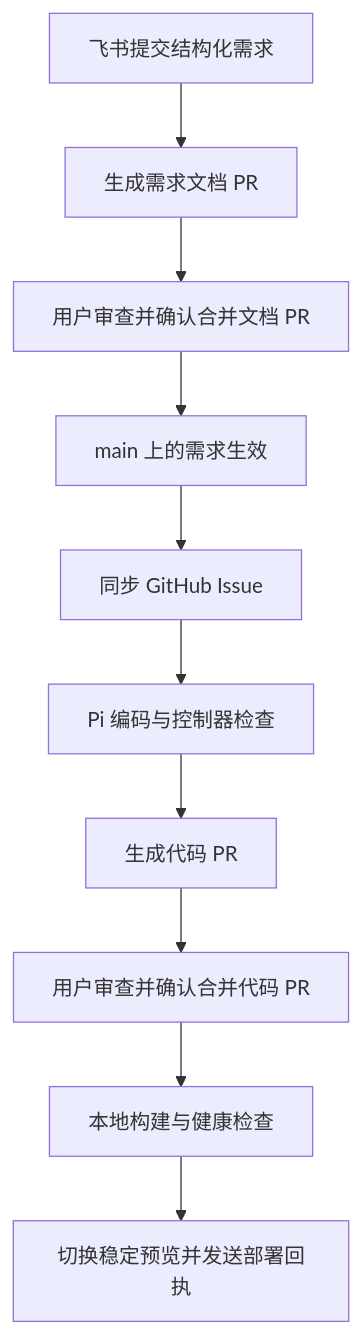
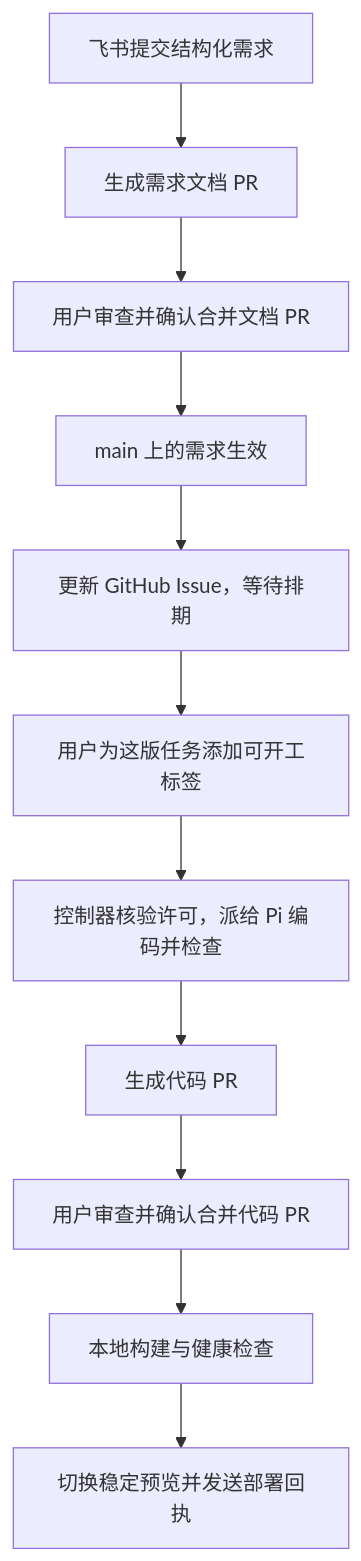
The diagram in README.md (sunpcm/spec-loop), drawn with Mermaid before and after one commit. The commit also changed other lines of this file and 33 other files, not shown here.

Commit message:
feat: 计数器按 GitHub Issue 版本授权派工

````diff
--- a/README.md
+++ b/README.md
@@ -37,12 +37,13 @@
 ```mermaid
 flowchart TD
     A[飞书提交结构化需求] --> B[生成需求文档 PR]
     B --> C[用户审查并确认合并文档 PR]
     C --> D[main 上的需求生效]
-    D --> E[同步 GitHub Issue]
-    E --> F[Pi 编码与控制器检查]
+    D --> E[更新 GitHub Issue，等待排期]
+    E --> S[用户为这版任务添加可开工标签]
+    S --> F[控制器核验许可，派给 Pi 编码并检查]
     F --> G[生成代码 PR]
     G --> H[用户审查并确认合并代码 PR]
     H --> I[本地构建与健康检查]
     I --> J[切换稳定预览并发送部署回执]
 ```
````
